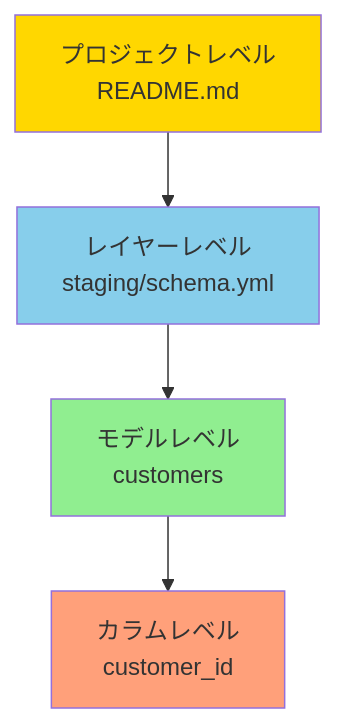
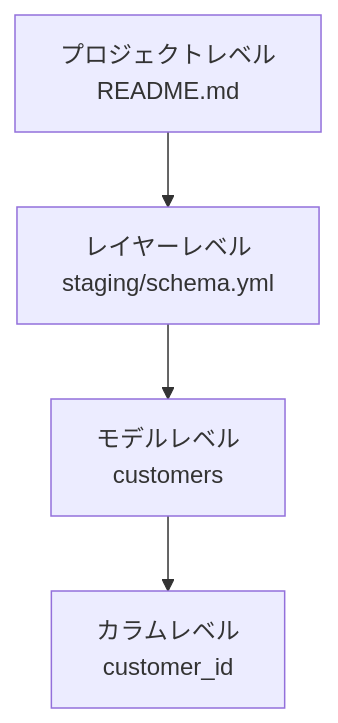
The fourth of 5 diagrams in content/Tech/dbt/categories/documentation-config.md (1210yuichi0/1210yuichi0.github.io), drawn with Mermaid before and after one commit. The commit also changed other lines of this file and 22 other files, not shown here.

First line of the commit message:
style: remove Mermaid style directives for dark mode compatibility

````diff
--- a/content/Tech/dbt/categories/documentation-config.md
+++ b/content/Tech/dbt/categories/documentation-config.md
@@ -723,11 +716,7 @@
 ```mermaid
 flowchart TB
     Project[プロジェクトレベル<br/>README.md] --> Layer[レイヤーレベル<br/>staging/schema.yml]
     Layer --> Model[モデルレベル<br/>customers]
     Model --> Column[カラムレベル<br/>customer_id]
 
-    style Project fill:#FFD700
-    style Layer fill:#87CEEB
-    style Model fill:#90EE90
-    style Column fill:#FFA07A
 ```
````
